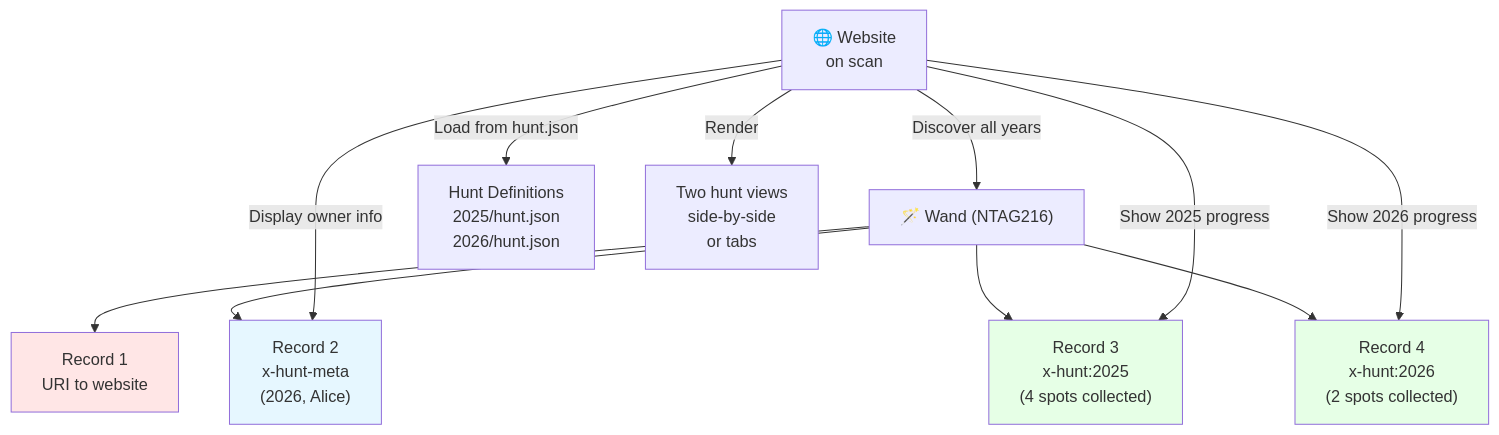
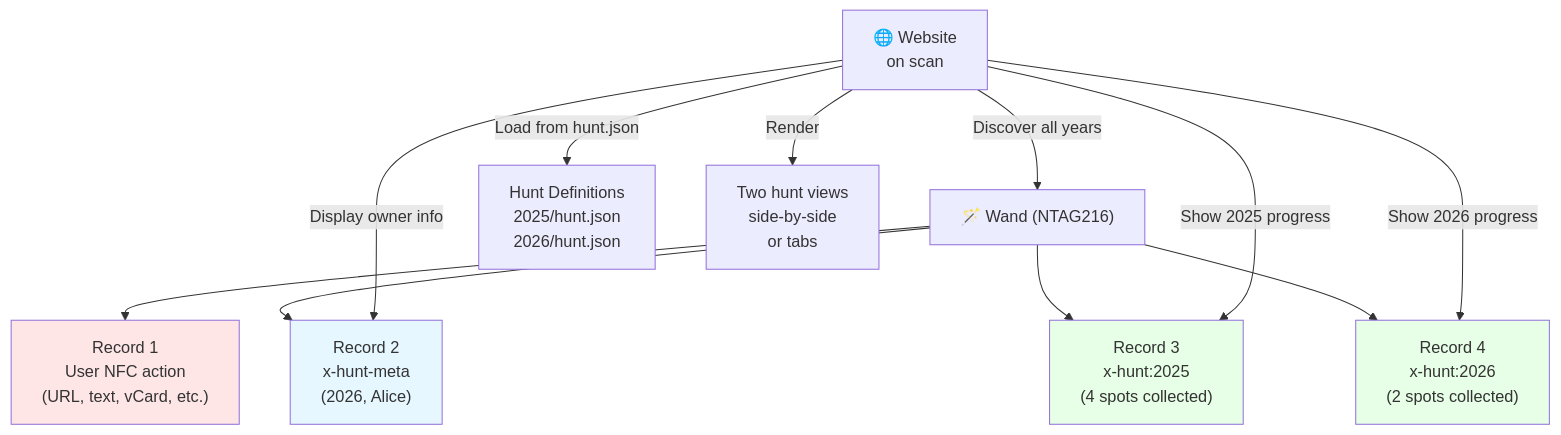
The fifth of 6 diagrams in docs/04-SYSTEM-ARCHITECTURE.md (bnm12/magic-treasure-hunt-infra), drawn with Mermaid before and after one commit. The commit also changed other lines of this file and 9 other files, not shown here.

````diff
--- a/docs/04-SYSTEM-ARCHITECTURE.md
+++ b/docs/04-SYSTEM-ARCHITECTURE.md
@@ -218,28 +218,28 @@
 ```mermaid
 flowchart TB
   Wand["🪄 Wand (NTAG216)"]
 
-  R1["Record 1\nURI to website"]
+  R1["Record 1\nUser NFC action\n(URL, text, vCard, etc.)"]
   R2["Record 2\nx-hunt-meta\n(2026, Alice)"]
   R3["Record 3\nx-hunt:2025\n(4 spots collected)"]
   R4["Record 4\nx-hunt:2026\n(2 spots collected)"]
 
   Wand --> R1
   Wand --> R2
   Wand --> R3
   Wand --> R4
 
   Website["🌐 Website\non scan"]
   Website -->|Discover all years| Wand
   Website -->|Show 2025 progress| R3
   Website -->|Show 2026 progress| R4
   Website -->|Display owner info| R2
 
   Website -->|Load from hunt.json| Hunts["Hunt Definitions\n2025/hunt.json\n2026/hunt.json"]
   Website -->|Render| UI["Two hunt views\nside-by-side\nor tabs"]
 
   style R1 fill:#ffe6e6
   style R2 fill:#e6f7ff
   style R3 fill:#e6ffe6
   style R4 fill:#e6ffe6
 ```
````
